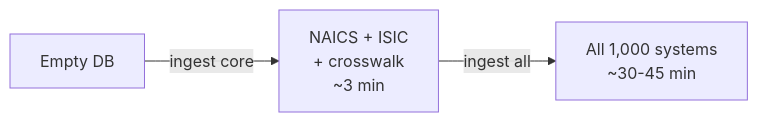
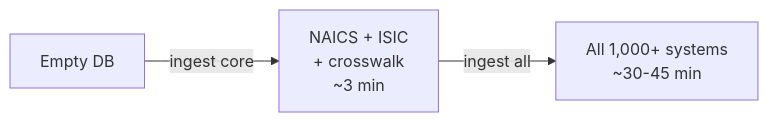
The second of 3 diagrams in blog/self-host-in-two-minutes.md (colaberry/WorldOfTaxonomy), drawn with Mermaid before and after one commit. The commit also changed other lines of this file and 50 other files, not shown here.

````diff
--- a/blog/self-host-in-two-minutes.md
+++ b/blog/self-host-in-two-minutes.md
@@ -44,5 +44,5 @@
 ```mermaid
 graph LR
   EMPTY["Empty DB"] -->|ingest core| CORE["NAICS + ISIC\n+ crosswalk\n~3 min"]
-  CORE -->|ingest all| FULL["All 1,000 systems\n~30-45 min"]
+  CORE -->|ingest all| FULL["All 1,000+ systems\n~30-45 min"]
 ```
````
